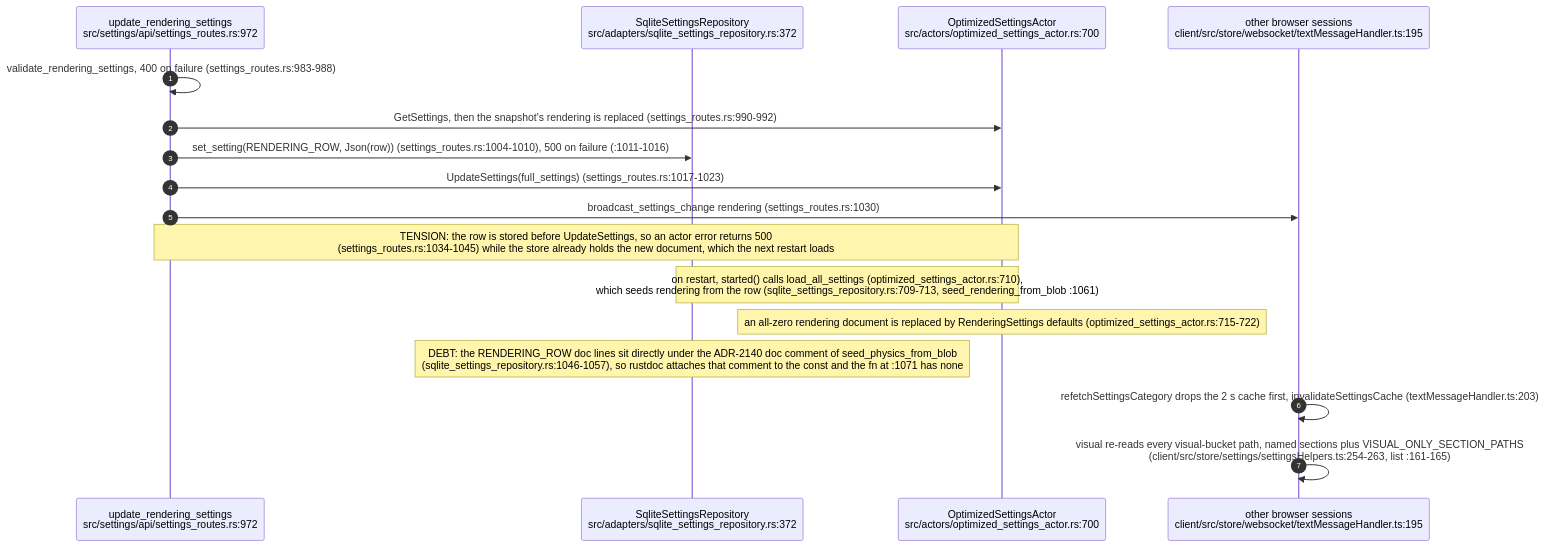
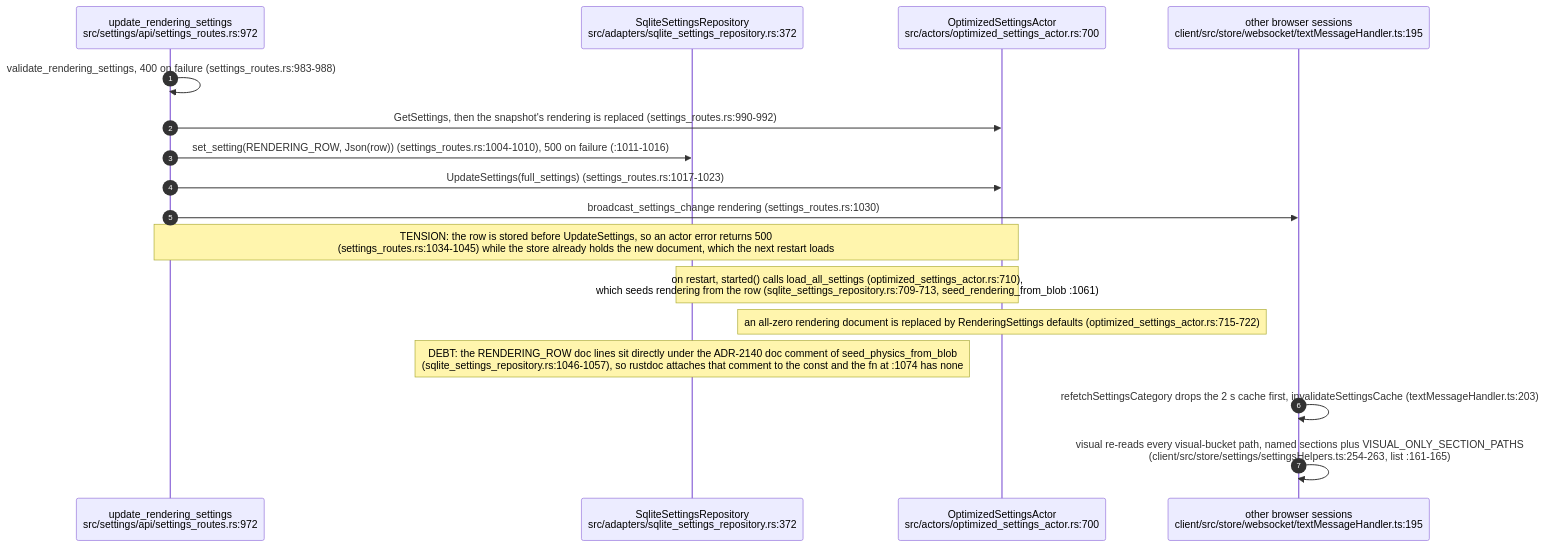
Before and after one commit to DreamLab-AI/VisionFlow: the ninth of 9 diagrams in docs/diagrams/visionclaw/06-settings-round-trip.md, drawn with Mermaid. The commit also changed other lines of this file and 49 other files, not shown here.

First line of the commit message:
docs(diagrams): re-derive and re-stamp VisionClaw, estate, knowledge-graph, visionGraph, VisionFlow and sidestr topics

````diff
--- a/docs/diagrams/visionclaw/06-settings-round-trip.md
+++ b/docs/diagrams/visionclaw/06-settings-round-trip.md
@@ -345,20 +345,20 @@
 ```mermaid
 sequenceDiagram
     autonumber
     participant H as update_rendering_settings<br/>src/settings/api/settings_routes.rs:972
     participant AD as SqliteSettingsRepository<br/>src/adapters/sqlite_settings_repository.rs:372
     participant ACT as OptimizedSettingsActor<br/>src/actors/optimized_settings_actor.rs:700
     participant B as other browser sessions<br/>client/src/store/websocket/textMessageHandler.ts:195
 
     H->>H: validate_rendering_settings, 400 on failure (settings_routes.rs:983-988)
     H->>ACT: GetSettings, then the snapshot's rendering is replaced (settings_routes.rs:990-992)
     H->>AD: set_setting(RENDERING_ROW, Json(row)) (settings_routes.rs:1004-1010), 500 on failure (:1011-1016)
     H->>ACT: UpdateSettings(full_settings) (settings_routes.rs:1017-1023)
     H->>B: broadcast_settings_change rendering (settings_routes.rs:1030)
     Note over H,ACT: TENSION: the row is stored before UpdateSettings, so an actor error returns 500<br/>(settings_routes.rs:1034-1045) while the store already holds the new document, which the next restart loads
     Note over ACT,AD: on restart, started() calls load_all_settings (optimized_settings_actor.rs:710),<br/>which seeds rendering from the row (sqlite_settings_repository.rs:709-713, seed_rendering_from_blob :1061)
     Note over ACT: an all-zero rendering document is replaced by RenderingSettings defaults (optimized_settings_actor.rs:715-722)
-    Note over AD: DEBT: the RENDERING_ROW doc lines sit directly under the ADR-2140 doc comment of seed_physics_from_blob<br/>(sqlite_settings_repository.rs:1046-1057), so rustdoc attaches that comment to the const and the fn at :1071 has none
+    Note over AD: DEBT: the RENDERING_ROW doc lines sit directly under the ADR-2140 doc comment of seed_physics_from_blob<br/>(sqlite_settings_repository.rs:1046-1057), so rustdoc attaches that comment to the const and the fn at :1074 has none
     B->>B: refetchSettingsCategory drops the 2 s cache first, invalidateSettingsCache (textMessageHandler.ts:203)
     B->>B: visual re-reads every visual-bucket path, named sections plus VISUAL_ONLY_SECTION_PATHS<br/>(client/src/store/settings/settingsHelpers.ts:254-263, list :161-165)
 ```
````
